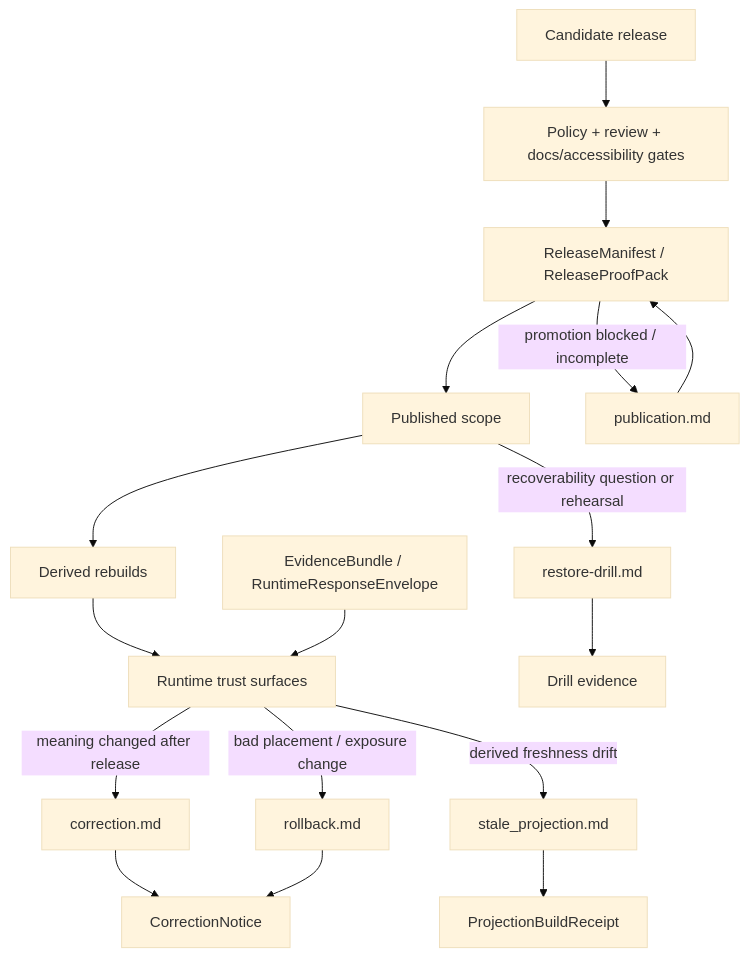
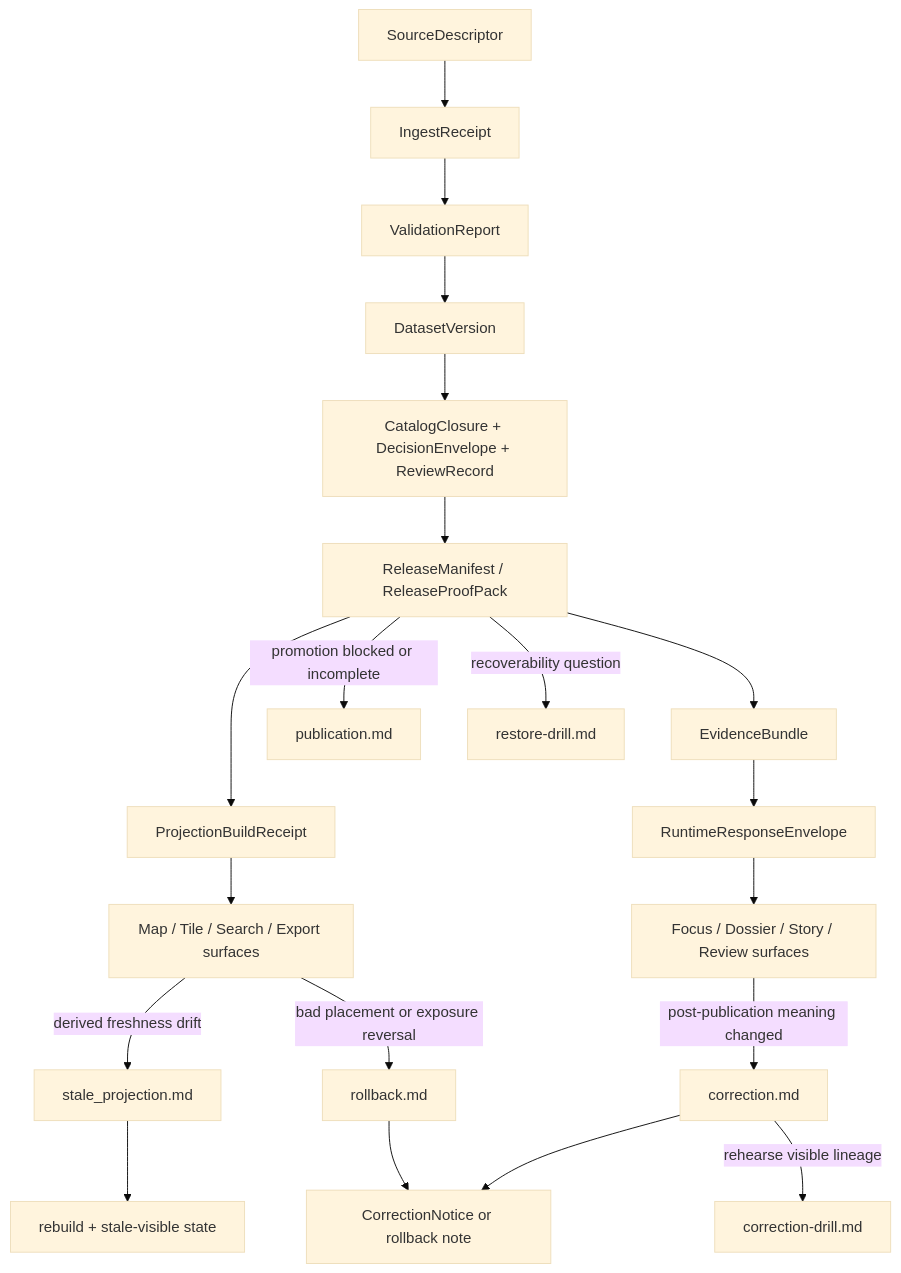
Before and after one commit to bartytime4life/Kansas-Frontier-Matrix: the diagram in docs/runbooks/reliability/README.md, drawn with Mermaid (base theme). The commit also changed other lines of this file, not shown here.

````diff
--- a/docs/runbooks/reliability/README.md
+++ b/docs/runbooks/reliability/README.md
@@ -268,22 +314,25 @@
 ```mermaid
 flowchart TD
-    A[Candidate release] --> B[Policy + review + docs/accessibility gates]
-    B --> C[ReleaseManifest / ReleaseProofPack]
-    C --> D[Published scope]
-    D --> E[Derived rebuilds]
-    E --> F[Runtime trust surfaces]
+    A[SourceDescriptor] --> B[IngestReceipt]
+    B --> C[ValidationReport]
+    C --> D[DatasetVersion]
+    D --> E[CatalogClosure + DecisionEnvelope + ReviewRecord]
+    E --> F[ReleaseManifest / ReleaseProofPack]
+    F --> G[ProjectionBuildReceipt]
+    F --> H[EvidenceBundle]
+    H --> I[RuntimeResponseEnvelope]
+    G --> J[Map / Tile / Search / Export surfaces]
+    I --> K[Focus / Dossier / Story / Review surfaces]
 
-    F -->|meaning changed after release| G[correction.md]
-    F -->|bad placement / exposure change| H[rollback.md]
-    F -->|derived freshness drift| I[stale_projection.md]
-    C -->|promotion blocked / incomplete| J[publication.md]
-    D -->|recoverability question or rehearsal| K[restore-drill.md]
+    F -->|promotion blocked or incomplete| R[publication.md]
+    J -->|derived freshness drift| S[stale_projection.md]
+    J -->|bad placement or exposure reversal| T[rollback.md]
+    K -->|post-publication meaning changed| U[correction.md]
 
-    G --> L[CorrectionNotice]
-    H --> L
-    I --> M[ProjectionBuildReceipt]
-    J --> C
-    K --> N[Drill evidence]
+    T --> V[CorrectionNotice or rollback note]
+    U --> V
+    S --> W[rebuild + stale-visible state]
 
-    O[EvidenceBundle / RuntimeResponseEnvelope] --> F
+    F -->|recoverability question| X[restore-drill.md]
+    U -->|rehearse visible lineage| Y[correction-drill.md]
 ```
````
